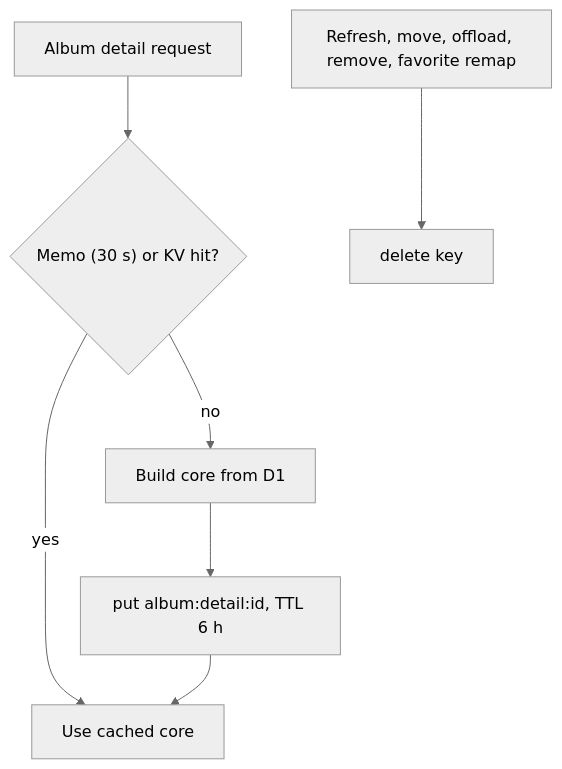
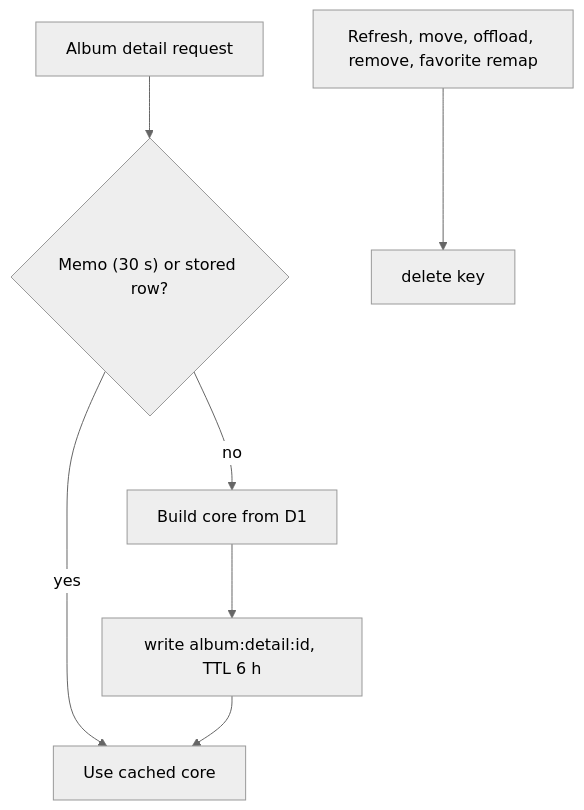
One commit to sagyzdop/meriksirat changed the diagram in docs/scenarios/kv/album-detail.md. Above: the diagram before and after it, drawn with Mermaid (neutral theme). The commit also changed other lines of this file and 32 other files, not shown here.

````diff
--- a/docs/scenarios/kv/album-detail.md
+++ b/docs/scenarios/kv/album-detail.md
@@ -7,9 +7,9 @@
 ```mermaid
 flowchart TD
-    A[Album detail request] --> B{"Memo (30 s) or KV hit?"}
+    A[Album detail request] --> B{"Memo (30 s) or stored row?"}
     B -- yes --> C[Use cached core]
     B -- no --> D[Build core from D1]
-    D --> E[put album:detail:id, TTL 6 h]
+    D --> E[write album:detail:id, TTL 6 h]
     E --> C
     X[Refresh, move, offload, remove, favorite remap] --> Y[delete key]
 ```
````
